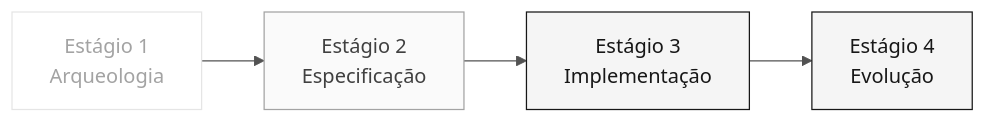
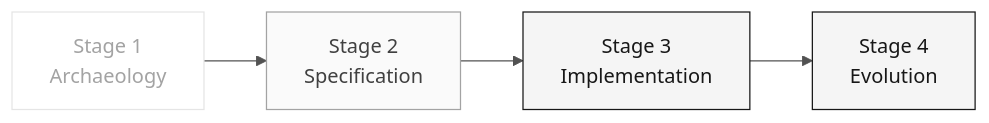
The diagram in 05-personas/05-technical-lead/PERSONA.md (paulasilvatech/datacorp-mm-team-kit), drawn with Mermaid before and after one commit. The commit also changed other lines of this file and 44 other files, not shown here.

````diff
--- a/05-personas/05-technical-lead/PERSONA.md
+++ b/05-personas/05-technical-lead/PERSONA.md
@@ -34,11 +34,11 @@
 ```mermaid
 %%{init: {'theme':'neutral','themeVariables':{'fontFamily':'ui-sans-serif, system-ui, sans-serif','primaryColor':'#F5F5F5','primaryTextColor':'#171717','primaryBorderColor':'#171717','lineColor':'#525252','secondaryColor':'#FFFFFF','tertiaryColor':'#FAFAFA','background':'#FFFFFF'}}}%%
 flowchart LR
     classDef active fill:#F5F5F5,stroke:#171717,color:#171717
     classDef support fill:#FAFAFA,stroke:#A3A3A3,color:#404040
     classDef inactive fill:#FFFFFF,stroke:#E5E5E5,color:#A3A3A3
 
-    E1["Estágio 1<br/>Arqueologia"]:::inactive --> E2["Estágio 2<br/>Especificação"]:::support
-    E2 --> E3["Estágio 3<br/>Implementação"]:::active
-    E3 --> E4["Estágio 4<br/>Evolução"]:::active
+    E1["Stage 1<br/>Archaeology"]:::inactive --> E2["Stage 2<br/>Specification"]:::support
+    E2 --> E3["Stage 3<br/>Implementation"]:::active
+    E3 --> E4["Stage 4<br/>Evolution"]:::active
 ```
````
